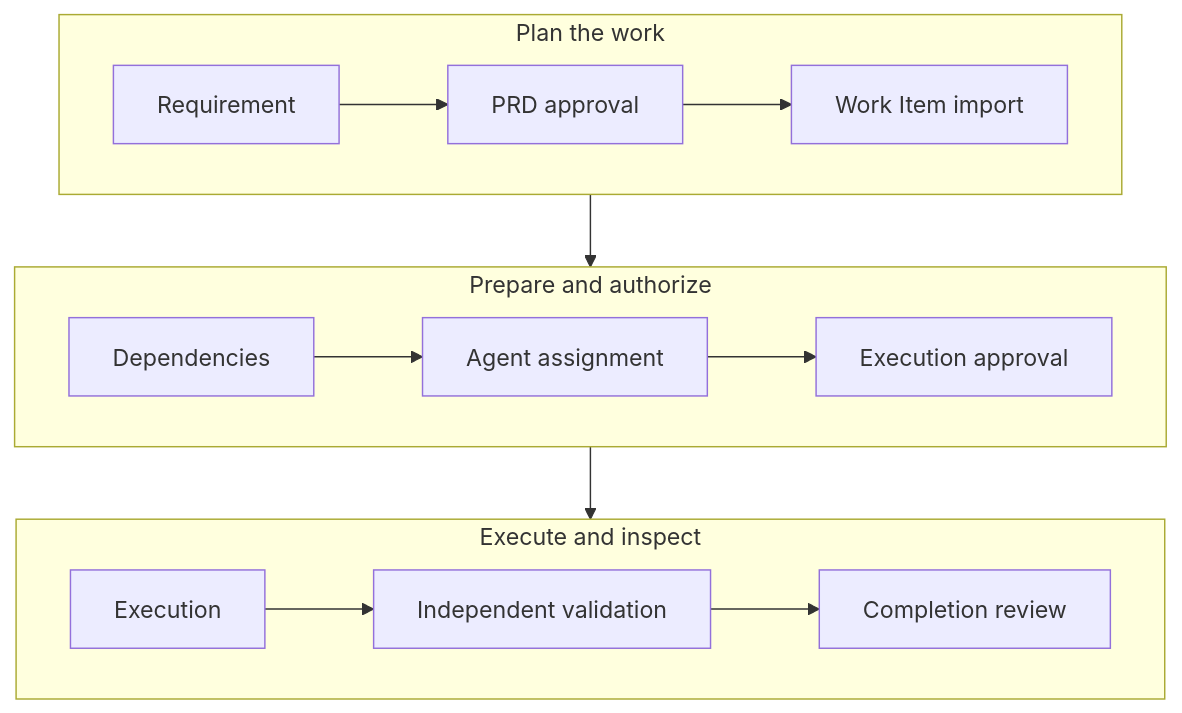
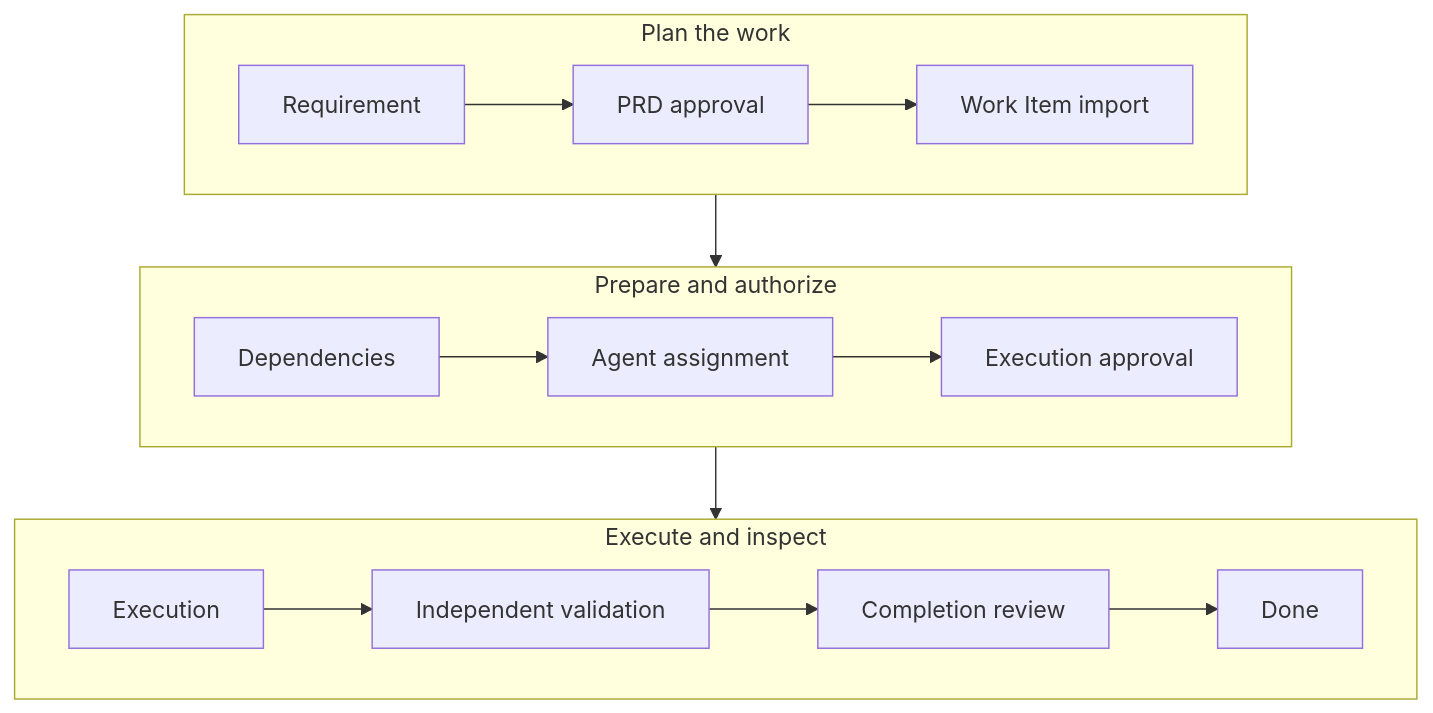
Before and after one commit to Jigsaw777/accension: the diagram in README.md, drawn with Mermaid. The commit also changed other lines of this file, not shown here.

````diff
--- a/README.md
+++ b/README.md
@@ -25,17 +35,17 @@
 ```mermaid
 flowchart TB
     subgraph Plan[Plan the work]
         direction LR
         Requirement --> PRD[PRD approval] --> Items[Work Item import]
     end
     subgraph Authorize[Prepare and authorize]
         direction LR
         Dependencies --> Agent[Agent assignment] --> Approval[Execution approval]
     end
     subgraph Verify[Execute and inspect]
         direction LR
-        Execution --> Validation[Independent validation] --> Review[Completion review]
+        Execution --> Validation[Independent validation] --> Review[Completion review] --> Done[Done]
     end
     Items --> Dependencies
     Approval --> Execution
 ```
````
